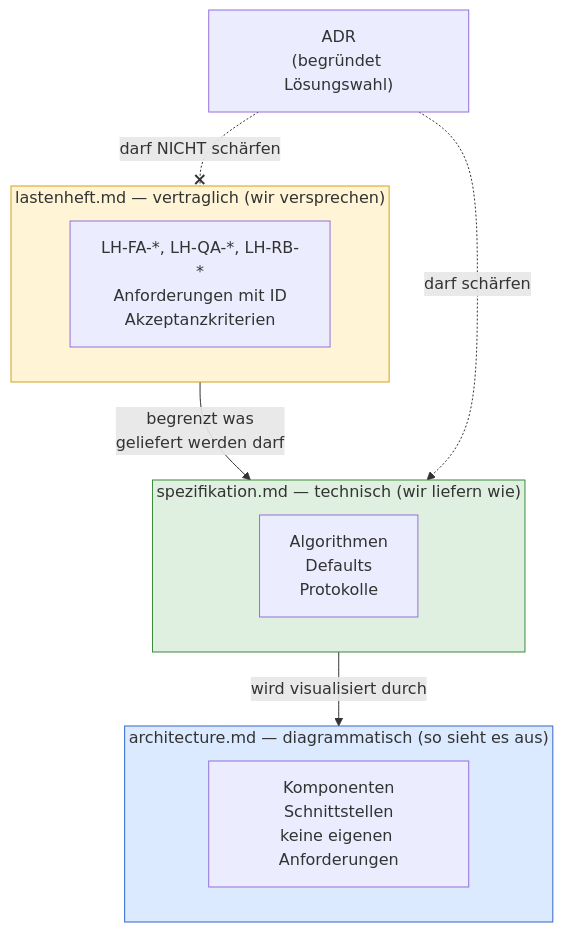
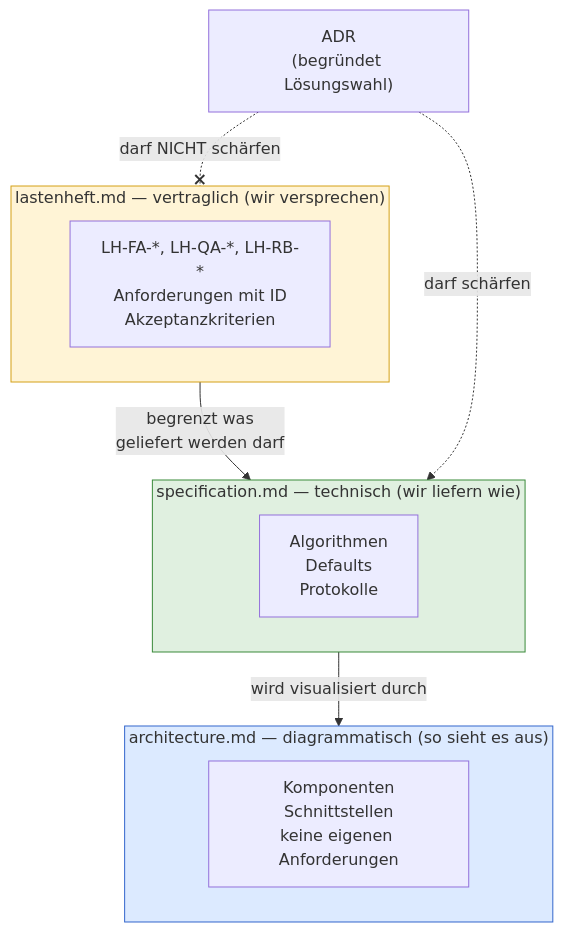
Before and after one commit to pt9912/ai-harness-course: the second of 2 diagrams in kurs/de/grundlagen/source-precedence.md, drawn with Mermaid. The commit also changed other lines of this file and 136 other files, not shown here.

````diff
--- a/kurs/de/grundlagen/source-precedence.md
+++ b/kurs/de/grundlagen/source-precedence.md
@@ -164,19 +164,19 @@
 ```mermaid
 flowchart TD
     subgraph LH["lastenheft.md — vertraglich (wir versprechen)"]
         LH1["LH-FA-*, LH-QA-*, LH-RB-*<br/>Anforderungen mit ID<br/>Akzeptanzkriterien"]
     end
-    subgraph SP["spezifikation.md — technisch (wir liefern wie)"]
+    subgraph SP["specification.md — technisch (wir liefern wie)"]
         SP1["Algorithmen<br/>Defaults<br/>Protokolle"]
     end
     subgraph AR["architecture.md — diagrammatisch (so sieht es aus)"]
         AR1["Komponenten<br/>Schnittstellen<br/>keine eigenen Anforderungen"]
     end
     LH -- "begrenzt was<br/>geliefert werden darf" --> SP
     SP -- "wird visualisiert durch" --> AR
     ADR["ADR<br/>(begründet Lösungswahl)"] -. "darf schärfen" .-> SP
     ADR -. "darf NICHT schärfen" .-x LH
     style LH fill:#fff4d6,stroke:#d4a017
     style SP fill:#e0f0e0,stroke:#3a8a3a
     style AR fill:#dceaff,stroke:#3366cc
 ```
````
